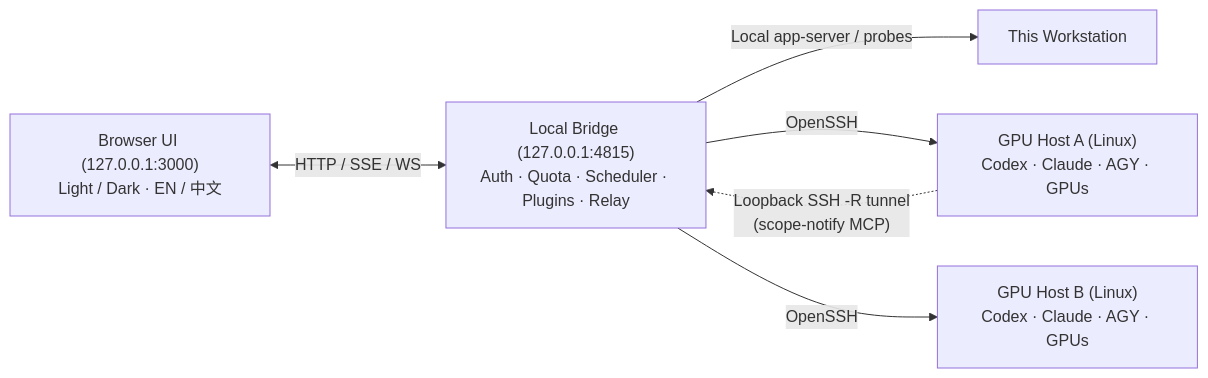
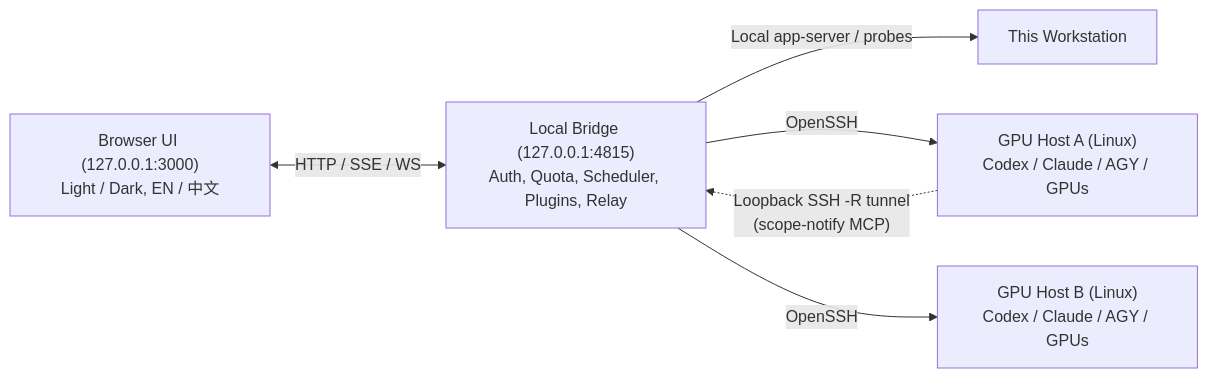
Before and after one commit to securityCFS/SCOPE: the diagram in README.md, drawn with Mermaid. The commit also changed other lines of this file and 3 other files, not shown here.

````diff
--- a/README.md
+++ b/README.md
@@ -59,8 +59,8 @@
 ```mermaid
 flowchart LR
-  UI["Browser UI (127.0.0.1:3000)\nLight / Dark · EN / 中文"] <-->|HTTP / SSE / WS| Bridge["Local Bridge (127.0.0.1:4815)\nAuth · Quota · Scheduler · Plugins · Relay"]
+  UI["Browser UI (127.0.0.1:3000)\nLight / Dark, EN / 中文"] <-->|HTTP / SSE / WS| Bridge["Local Bridge (127.0.0.1:4815)\nAuth, Quota, Scheduler, Plugins, Relay"]
   Bridge -->|Local app-server / probes| Local["This Workstation"]
-  Bridge -->|OpenSSH| Remote1["GPU Host A (Linux)\nCodex · Claude · AGY · GPUs"]
-  Bridge -->|OpenSSH| Remote2["GPU Host B (Linux)\nCodex · Claude · AGY · GPUs"]
+  Bridge -->|OpenSSH| Remote1["GPU Host A (Linux)\nCodex / Claude / AGY / GPUs"]
+  Bridge -->|OpenSSH| Remote2["GPU Host B (Linux)\nCodex / Claude / AGY / GPUs"]
   Remote1 -.->|"Loopback SSH -R tunnel\n(scope-notify MCP)"| Bridge
 ```
````
